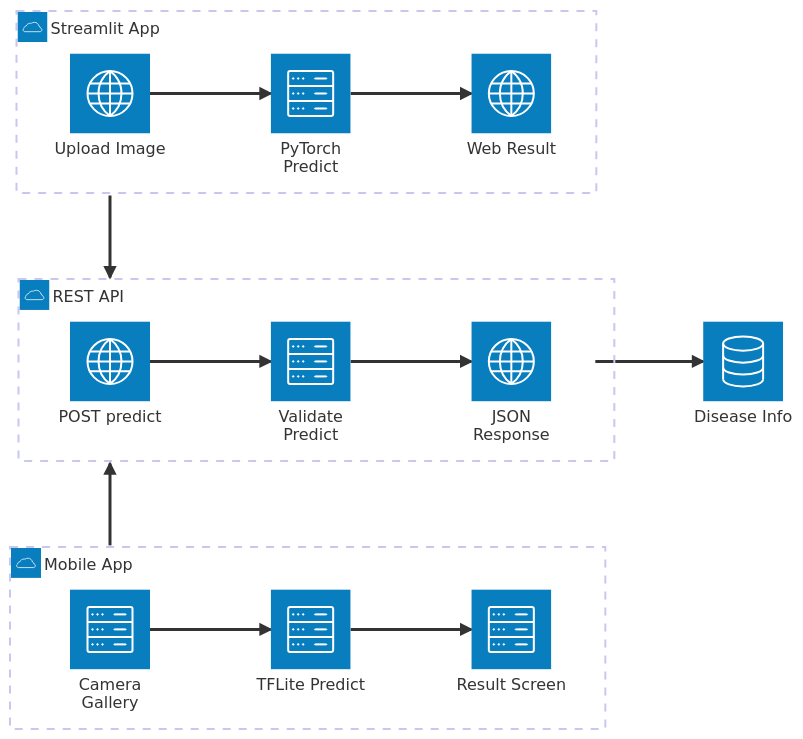
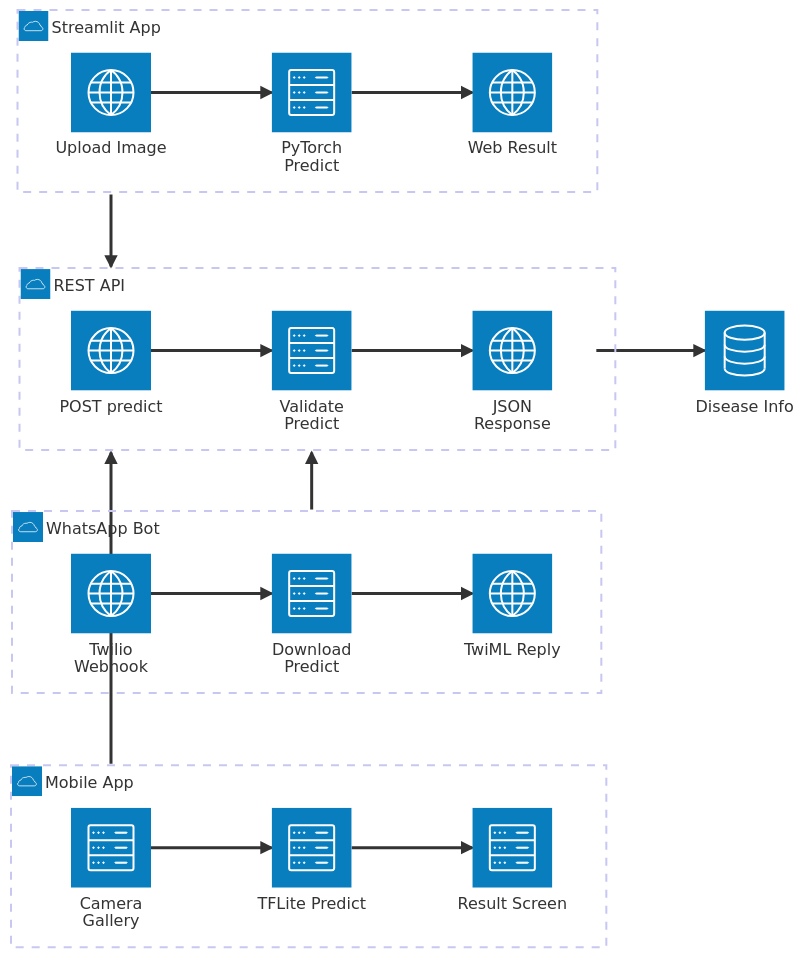
One commit to santoshshinde2012/crop-disease-prediction changed the fourth of 5 diagrams in wiki/architecture.md. Above: the diagram before and after it, drawn with Mermaid. The commit also changed other lines of this file and 28 other files, not shown here.

First line of the commit message:
feat: WhatsApp integration (Twilio webhook, service, schemas, tests)

````diff
--- a/wiki/architecture.md
+++ b/wiki/architecture.md
@@ -98,25 +100,32 @@
 ```mermaid
 architecture-beta
     group streamlit(cloud)[Streamlit App]
         service stIn(internet)[Upload Image] in streamlit
         service stPredict(server)[PyTorch Predict] in streamlit
         service stOut(internet)[Web Result] in streamlit
     group api(cloud)[REST API]
         service apiIn(internet)[POST predict] in api
         service apiPredict(server)[Validate Predict] in api
         service apiOut(internet)[JSON Response] in api
     group mobile(cloud)[Mobile App]
         service mIn(server)[Camera Gallery] in mobile
         service mPredict(server)[TFLite Predict] in mobile
         service mOut(server)[Result Screen] in mobile
+    group whatsapp(cloud)[WhatsApp Bot]
+        service waIn(internet)[Twilio Webhook] in whatsapp
+        service waPredict(server)[Download Predict] in whatsapp
+        service waOut(internet)[TwiML Reply] in whatsapp
     service diseaseDb(database)[Disease Info]
     stIn:R --> L:stPredict
     stPredict:R --> L:stOut
     apiIn:R --> L:apiPredict
     apiPredict:R --> L:apiOut
     mIn:R --> L:mPredict
     mPredict:R --> L:mOut
+    waIn:R --> L:waPredict
+    waPredict:R --> L:waOut
     stIn{group}:B --> T:apiIn{group}
     mIn{group}:T --> B:apiIn{group}
+    waPredict{group}:T --> B:apiPredict{group}
     apiOut{group}:R --> L:diseaseDb
 ```
````
